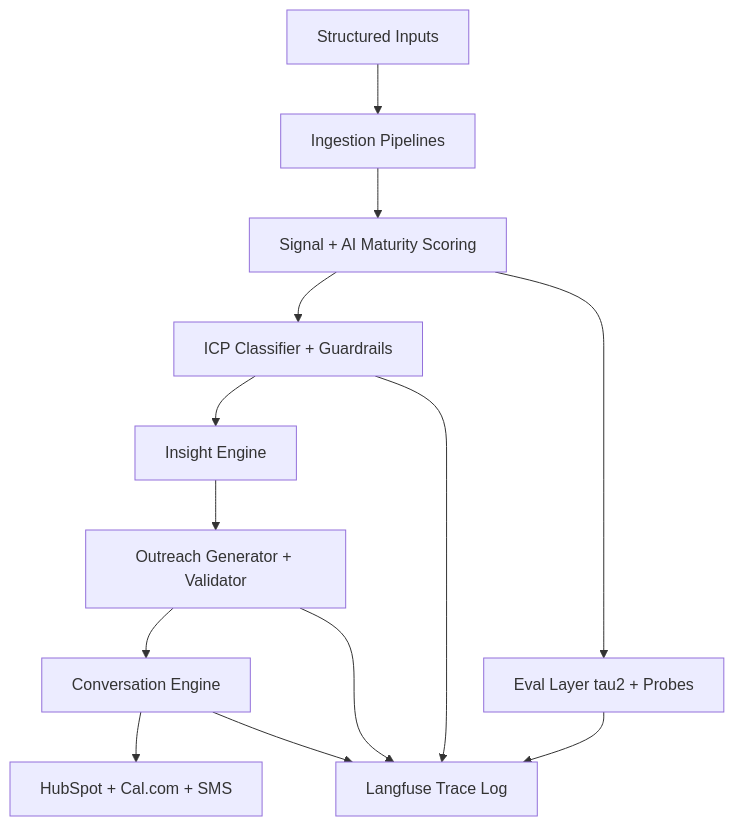
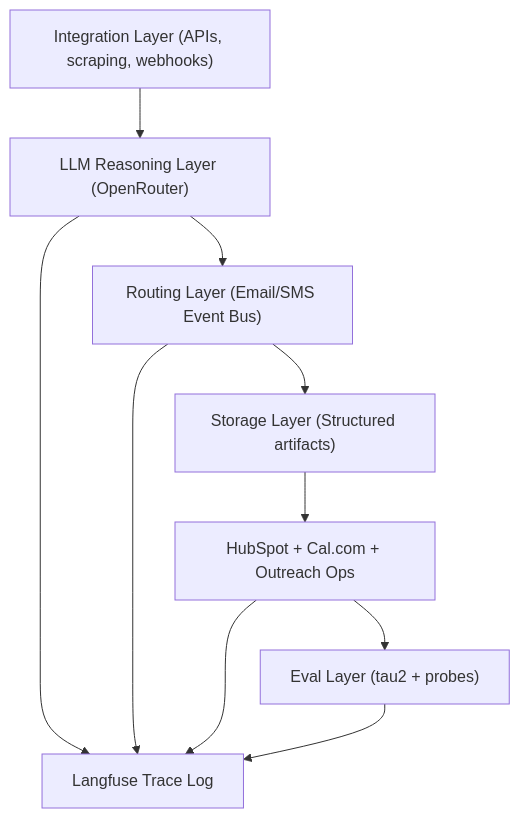
Before and after one commit to eyor-gech/Conversion-Engine: the diagram in README.md, drawn with Mermaid. The commit also changed other lines of this file, not shown here.

Commit message:
update system architecture and LLM-orchestrated pipeline overview

````diff
--- a/README.md
+++ b/README.md
@@ -7,15 +7,12 @@
 ```mermaid
 flowchart TD
-    A[Structured Inputs] --> B[Ingestion Pipelines]
-    B --> C[Signal + AI Maturity Scoring]
-    C --> D[ICP Classifier + Guardrails]
-    D --> E[Insight Engine]
-    E --> F[Outreach Generator + Validator]
-    F --> G[Conversation Engine]
-    G --> H[HubSpot + Cal.com + SMS]
-    C --> I[Eval Layer tau2 + Probes]
-    D --> J[Langfuse Trace Log]
-    F --> J
-    G --> J
-    I --> J
+    A["Integration Layer (APIs, scraping, webhooks)"] --> B["LLM Reasoning Layer (OpenRouter)"]
+    B --> C["Routing Layer (Email/SMS Event Bus)"]
+    C --> D["Storage Layer (Structured artifacts)"]
+    D --> E["HubSpot + Cal.com + Outreach Ops"]
+    E --> F["Eval Layer (tau2 + probes)"]
+    B --> G["Langfuse Trace Log"]
+    C --> G
+    E --> G
+    F --> G
 ```
````
